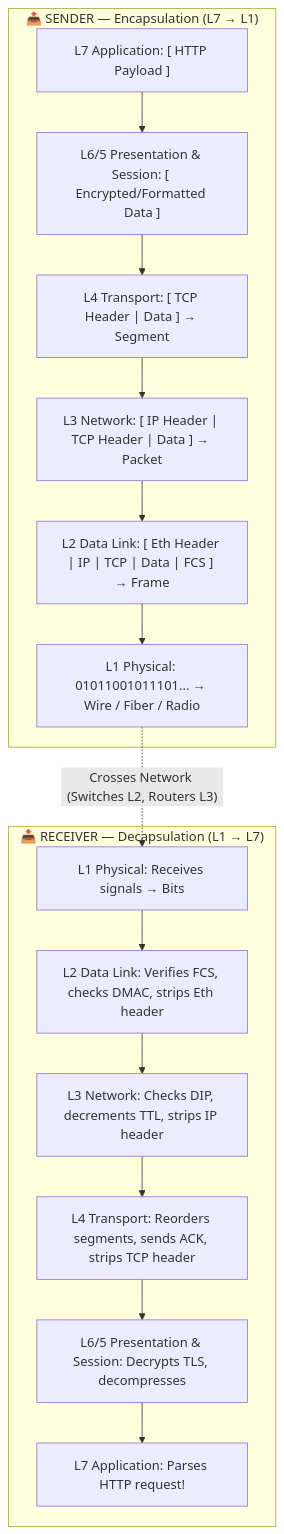
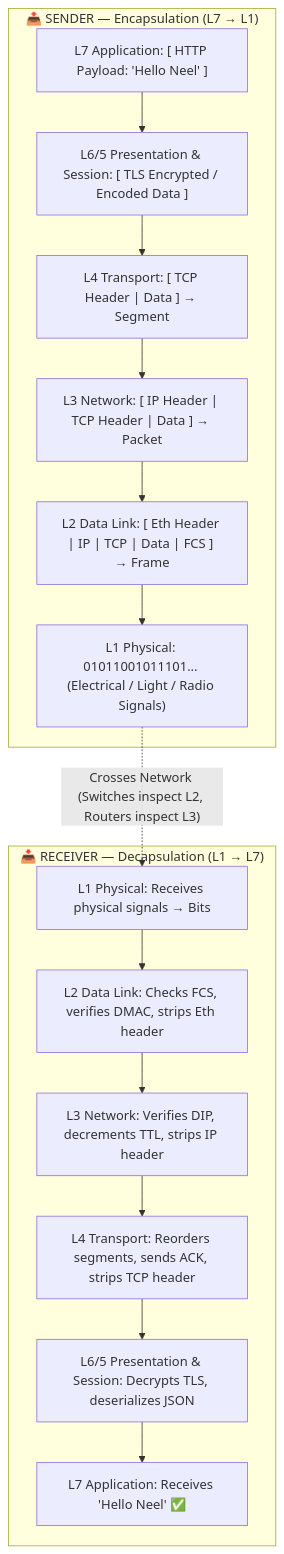
Before and after one commit to Patel-Neel-346/Notes: the third of 5 diagrams in Backend-engineering/3-Protocol/2-OSI-Model/1-OSI-Model.md, drawn with Mermaid. The commit also changed other lines of this file, not shown here.

````diff
--- a/Backend-engineering/3-Protocol/2-OSI-Model/1-OSI-Model.md
+++ b/Backend-engineering/3-Protocol/2-OSI-Model/1-OSI-Model.md
@@ -334,22 +496,22 @@
 ```mermaid
 flowchart TD
     subgraph SENDER["📤 SENDER — Encapsulation (L7 → L1)"]
-        S7["L7 Application: [ HTTP Payload ]"] --> S6
-        S6["L6/5 Presentation & Session: [ Encrypted/Formatted Data ]"] --> S4
+        S7["L7 Application: [ HTTP Payload: 'Hello Neel' ]"] --> S6
+        S6["L6/5 Presentation & Session: [ TLS Encrypted / Encoded Data ]"] --> S4
         S4["L4 Transport: [ TCP Header | Data ] → Segment"] --> S3
         S3["L3 Network: [ IP Header | TCP Header | Data ] → Packet"] --> S2
         S2["L2 Data Link: [ Eth Header | IP | TCP | Data | FCS ] → Frame"] --> S1
-        S1["L1 Physical: 01011001011101... → Wire / Fiber / Radio"]
+        S1["L1 Physical: 01011001011101... (Electrical / Light / Radio Signals)"]
     end
 
     subgraph RECEIVER["📥 RECEIVER — Decapsulation (L1 → L7)"]
-        R1["L1 Physical: Receives signals → Bits"] --> R2
-        R2["L2 Data Link: Verifies FCS, checks DMAC, strips Eth header"] --> R3
-        R3["L3 Network: Checks DIP, decrements TTL, strips IP header"] --> R4
+        R1["L1 Physical: Receives physical signals → Bits"] --> R2
+        R2["L2 Data Link: Checks FCS, verifies DMAC, strips Eth header"] --> R3
+        R3["L3 Network: Verifies DIP, decrements TTL, strips IP header"] --> R4
         R4["L4 Transport: Reorders segments, sends ACK, strips TCP header"] --> R6
-        R6["L6/5 Presentation & Session: Decrypts TLS, decompresses"] --> R7
-        R7["L7 Application: Parses HTTP request!"]
+        R6["L6/5 Presentation & Session: Decrypts TLS, deserializes JSON"] --> R7
+        R7["L7 Application: Receives 'Hello Neel' ✅"]
     end
 
-    S1 -.->|"Crosses Network (Switches L2, Routers L3)"| R1
+    S1 -.->|"Crosses Network (Switches inspect L2, Routers inspect L3)"| R1
 ```
````
